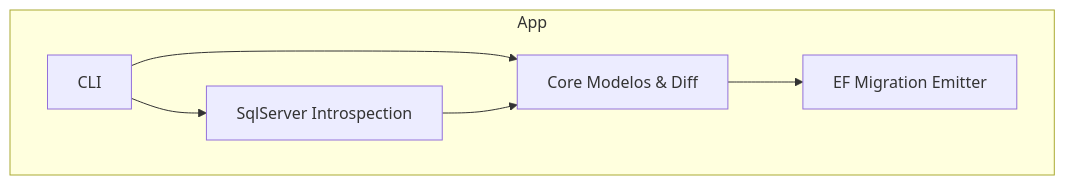
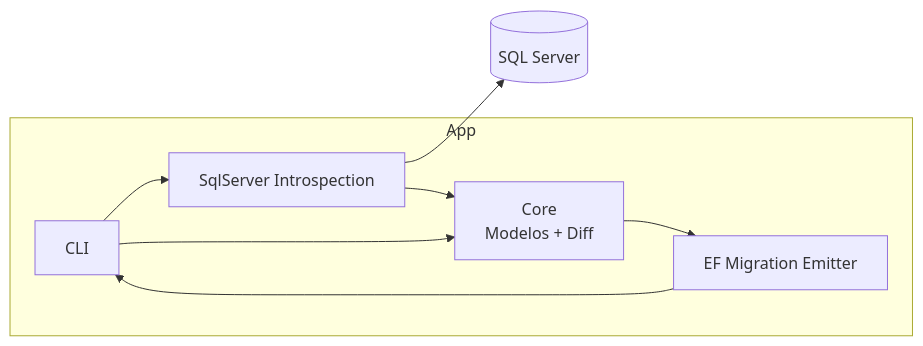
Before and after one commit to gonzaromeroatton/frapper: the second of 3 diagrams in README.md, drawn with Mermaid. The commit also changed other lines of this file and 2 other files, not shown here.

Commit message:
Agrega documentación sobre la arquitectura y roadmap del proyecto Frapper

````diff
--- a/README.md
+++ b/README.md
@@ -189,14 +310,18 @@
 ```mermaid
-flowchart TB
+flowchart LR
     subgraph App
         CLI[CLI]
-        Core[Core Modelos & Diff]
+        Core[Core<br/>Modelos + Diff]
         Emitter[EF Migration Emitter]
         SqlMod[SqlServer Introspection]
     end
 
+    DB[(SQL Server)]
+
+    CLI --> SqlMod
+    SqlMod --> DB
+    SqlMod --> Core
     CLI --> Core
-    CLI --> SqlMod
     Core --> Emitter
-    SqlMod --> Core
+    Emitter --> CLI
 ```
````
